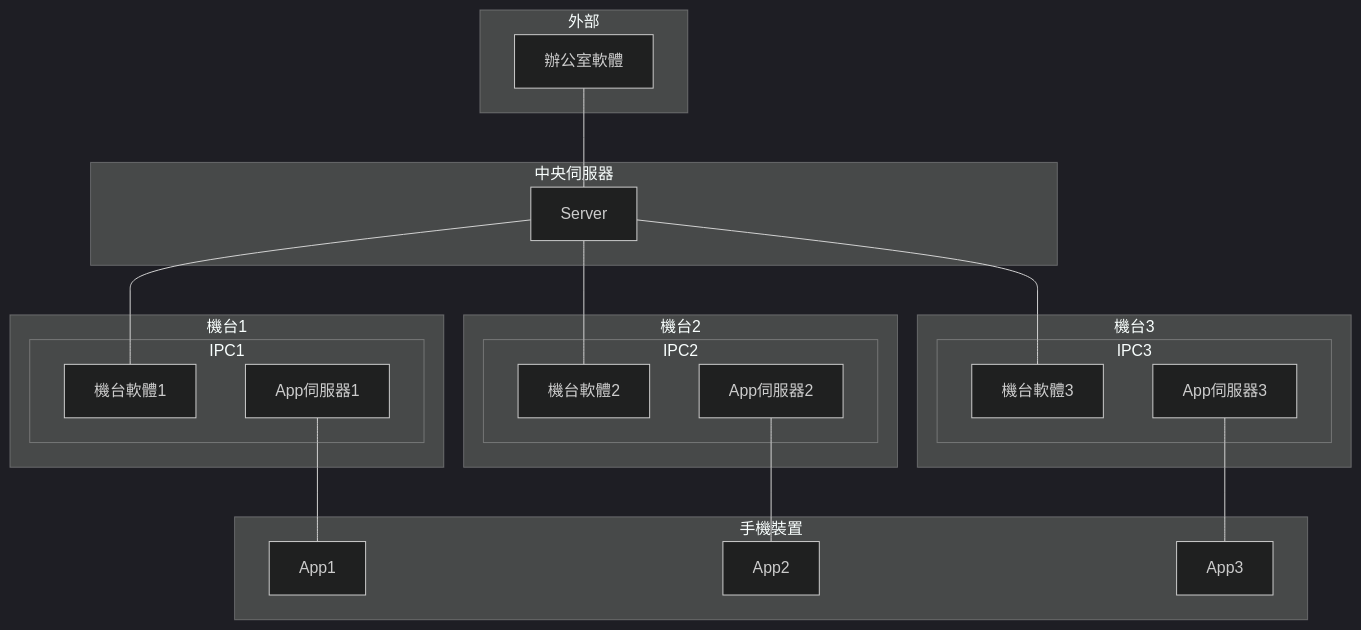
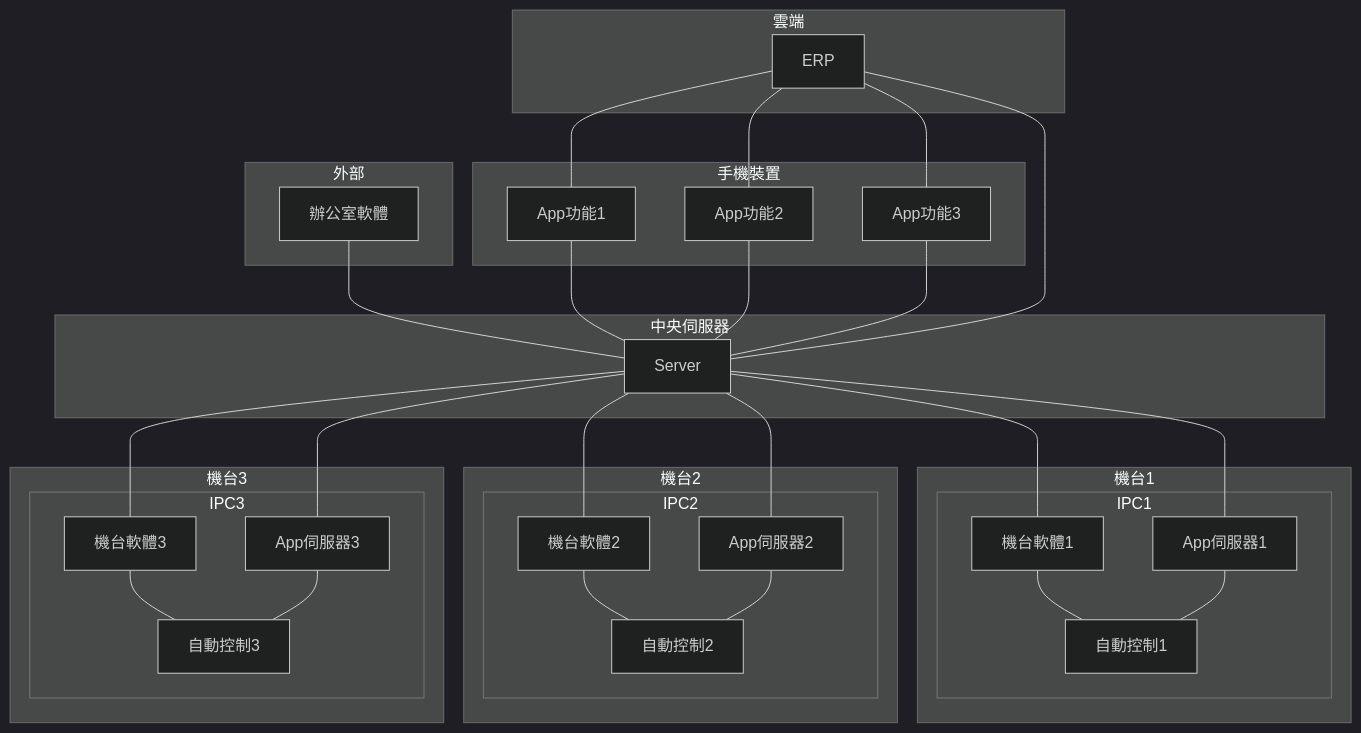
Before and after one commit to guanda-team/guanda-doc: the third of 10 diagrams in 單機版與機聯網.md, drawn with Mermaid (dark theme). The commit also changed other lines of this file and 1 other file, not shown here.

````diff
--- a/單機版與機聯網.md
+++ b/單機版與機聯網.md
@@ -54,39 +62,49 @@
 ```mermaid
 flowchart TB
   subgraph 機台1
     subgraph IPC1
-      機台軟體1
-      App伺服器1
+      機台軟體1 --- 自動控制1
+      App伺服器1 --- 自動控制1
     end
   end
 
   subgraph 機台2
     subgraph IPC2
-      機台軟體2
-      App伺服器2
+      機台軟體2 --- 自動控制2
+      App伺服器2 --- 自動控制2
     end
   end
 
   subgraph 機台3
     subgraph IPC3
-      機台軟體3
-      App伺服器3
+      機台軟體3 --- 自動控制3
+      App伺服器3 --- 自動控制3
     end
   end
 
   subgraph 中央伺服器
     Server --- 機台軟體1
     Server --- 機台軟體2
     Server --- 機台軟體3
+    Server --- App伺服器1
+    Server --- App伺服器2
+    Server --- App伺服器3
   end
 
   subgraph 外部
     辦公室軟體 --- Server
   end
 
   subgraph 手機裝置
-    App伺服器1 --- App1
-    App伺服器2 --- App2
-    App伺服器3 --- App3
+    App功能1 --- Server
+    App功能2 --- Server
+    App功能3 --- Server
+  end
+
+  subgraph 雲端
+    ERP --- App功能1
+    ERP --- App功能2
+    ERP --- App功能3
+    ERP --- Server
   end
 ```
````
